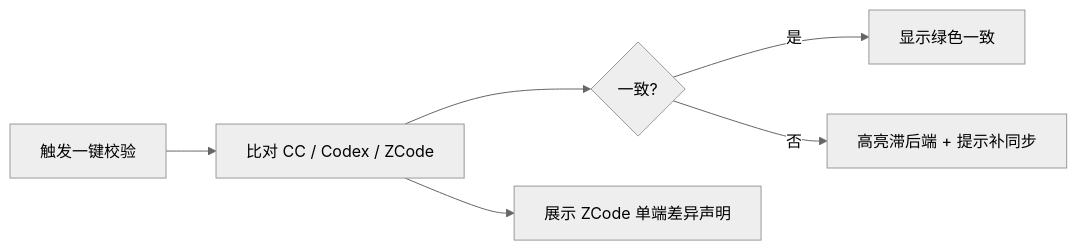
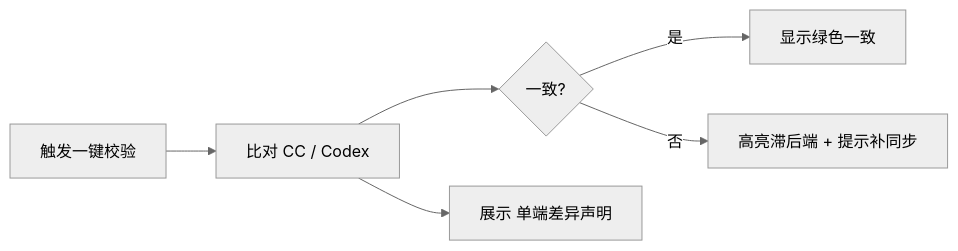
One commit to Ghost233/ghost-agent-market changed the fourth of 5 diagrams in delivery/UserStory.md. Above: the diagram before and after it, drawn with Mermaid (neutral theme). The commit also changed other lines of this file and 8 other files, not shown here.

````diff
--- a/delivery/UserStory.md
+++ b/delivery/UserStory.md
@@ -393,8 +392,8 @@
 ```mermaid
 flowchart LR
-    C1[触发一键校验] --> C2[比对 CC / Codex / ZCode]
+    C1[触发一键校验] --> C2[比对 CC / Codex]
     C2 --> C3{一致?}
     C3 -->|是| C4[显示绿色一致]
     C3 -->|否| C5[高亮滞后端 + 提示补同步]
-    C2 --> C6[展示 ZCode 单端差异声明]
+    C2 --> C6[展示 单端差异声明]
 ```
````
